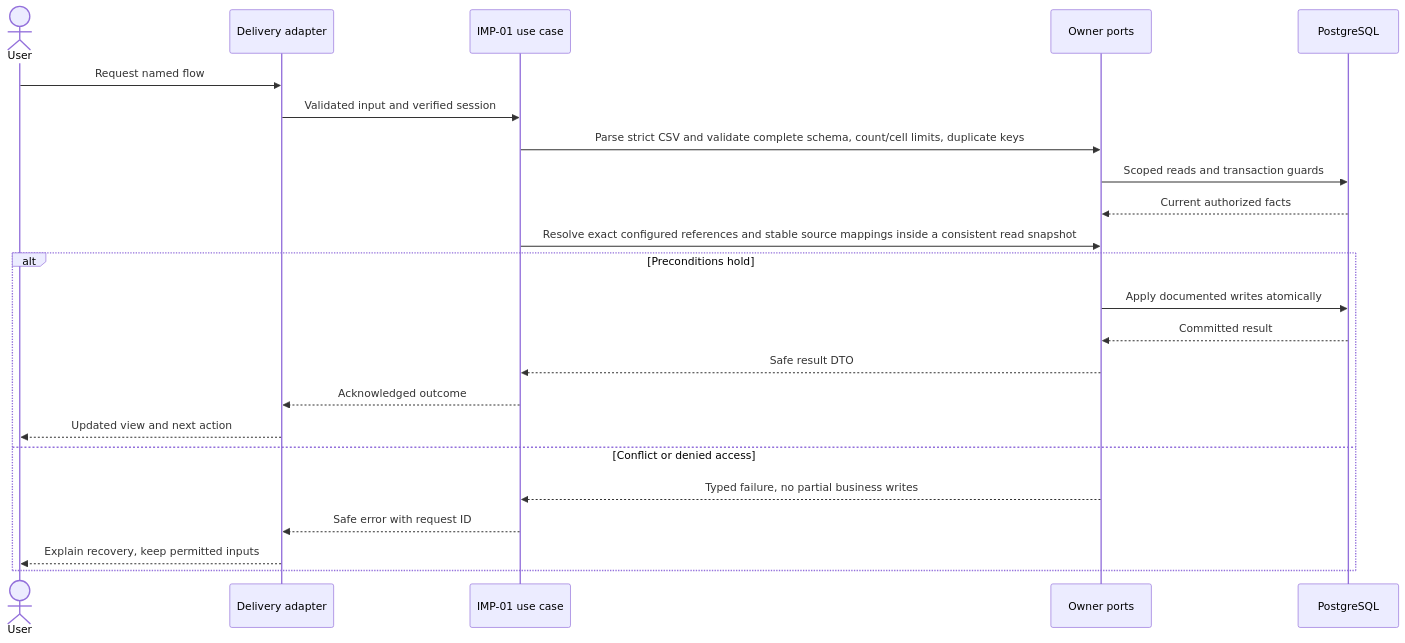
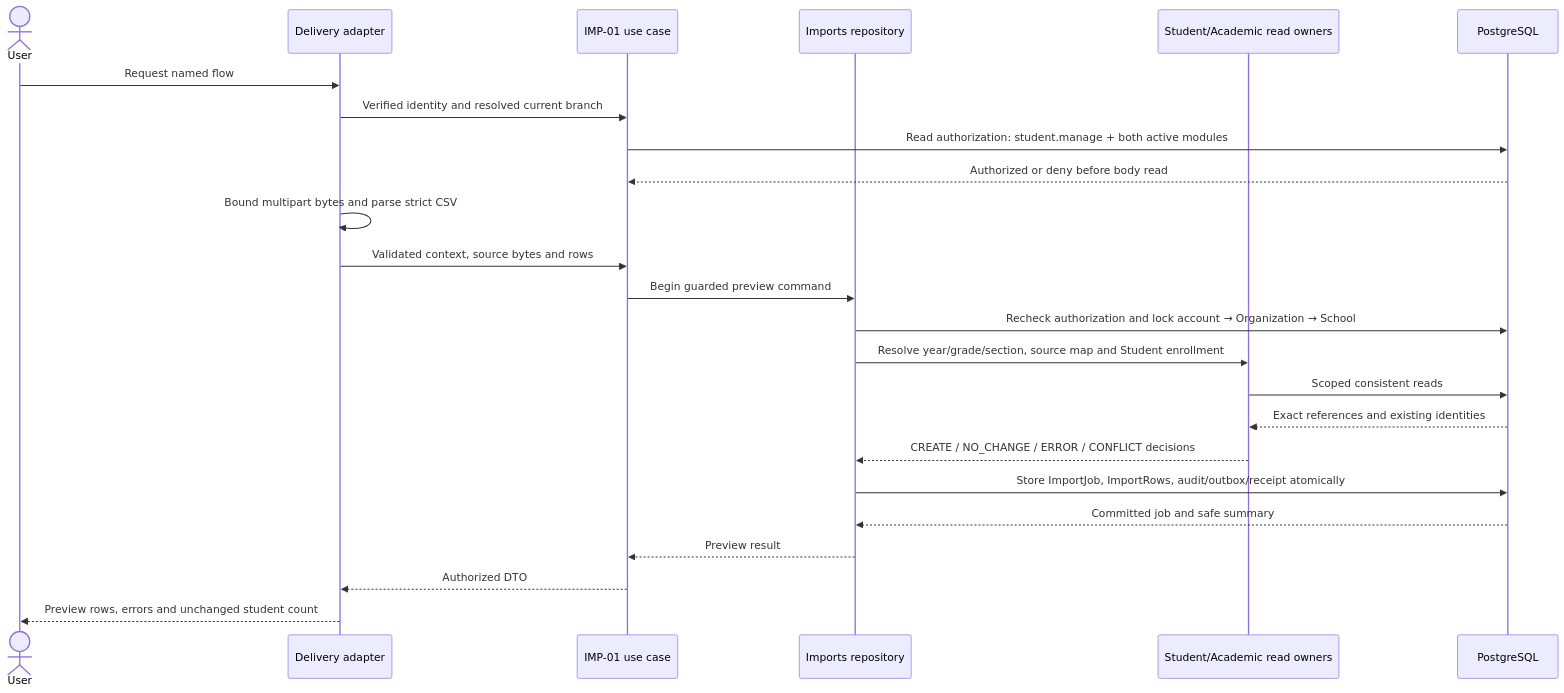
Before and after one commit to svenk15/vyapti_vschool: the first of 3 diagrams in docs/modules/imports/DESIGN.md, drawn with Mermaid. The commit also changed other lines of this file and 28 other files, not shown here.

Commit message:
Implement bounded roster import preview

````diff
--- a/docs/modules/imports/DESIGN.md
+++ b/docs/modules/imports/DESIGN.md
@@ -69,25 +72,26 @@
 ```mermaid
 sequenceDiagram
   actor U as User
   participant W as Delivery adapter
   participant A as IMP-01 use case
-  participant P as Owner ports
+  participant P as Imports repository
+  participant R as Student/Academic read owners
   participant D as PostgreSQL
   U->>W: Request named flow
-  W->>A: Validated input and verified session
-  A->>P: Parse strict CSV and validate complete schema, count/cell limits, duplicate keys
-  P->>D: Scoped reads and transaction guards
-  D-->>P: Current authorized facts
-  A->>P: Resolve exact configured references and stable source mappings inside a consistent read snapshot
-  alt Preconditions hold
-    P->>D: Apply documented writes atomically
-    D-->>P: Committed result
-    P-->>A: Safe result DTO
-    A-->>W: Acknowledged outcome
-    W-->>U: Updated view and next action
-  else Conflict or denied access
-    P-->>A: Typed failure, no partial business writes
-    A-->>W: Safe error with request ID
-    W-->>U: Explain recovery, keep permitted inputs
-  end
+  W->>A: Verified identity and resolved current branch
+  A->>D: Read authorization: student.manage + both active modules
+  D-->>A: Authorized or deny before body read
+  W->>W: Bound multipart bytes and parse strict CSV
+  W->>A: Validated context, source bytes and rows
+  A->>P: Begin guarded preview command
+  P->>D: Recheck authorization and lock account → Organization → School
+  P->>R: Resolve year/grade/section, source map and Student enrollment
+  R->>D: Scoped consistent reads
+  D-->>R: Exact references and existing identities
+  R-->>P: CREATE / NO_CHANGE / ERROR / CONFLICT decisions
+  P->>D: Store ImportJob, ImportRows, audit/outbox/receipt atomically
+  D-->>P: Committed job and safe summary
+  P-->>A: Preview result
+  A-->>W: Authorized DTO
+  W-->>U: Preview rows, errors and unchanged student count
 ```
````
